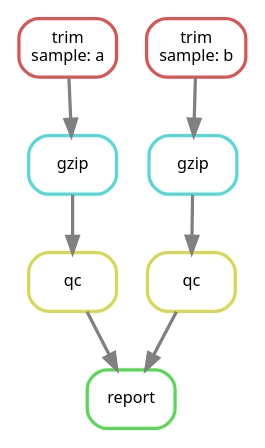
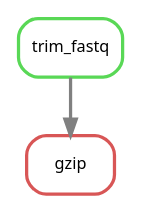
Before and after one commit to NBISweden/workshop-reproducible-research: the first of 3 diagrams in lectures/snakemake/snakemake.qmd, drawn with Graphviz. The commit also changed other lines of this file, not shown here.

Commit message:
Add snakemake graphs

````diff
--- a/lectures/snakemake/snakemake.qmd
+++ b/lectures/snakemake/snakemake.qmd
@@ -219,20 +219,10 @@
 ```{dot}
 digraph snakemake_dag {
     graph[bgcolor=white, margin=0];
     node[shape=box, style=rounded, fontname=sans, fontsize=10, penwidth=2];
     edge[penwidth=2, color=grey];
-        0[label = "report", color = "0.33 0.6 0.85", style="rounded"];
-        1[label = "qc", color = "0.17 0.6 0.85", style="rounded"];
-        2[label = "gzip", color = "0.50 0.6 0.85", style="rounded"];
-        3[label = "trim\nsample: a", color = "0.00 0.6 0.85", style="rounded"];
-        4[label = "qc", color = "0.17 0.6 0.85", style="rounded"];
-        5[label = "gzip", color = "0.50 0.6 0.85", style="rounded"];
-        6[label = "trim\nsample: b", color = "0.00 0.6 0.85", style="rounded"];
+        0[label = "gzip", color = "0.00 0.6 0.85", style="rounded"];
+        1[label = "trim_fastq", color = "0.33 0.6 0.85", style="rounded"];
         1 -> 0
-        4 -> 0
-        2 -> 1
-        3 -> 2
-        5 -> 4
-        6 -> 5
 } 
 ```
````
